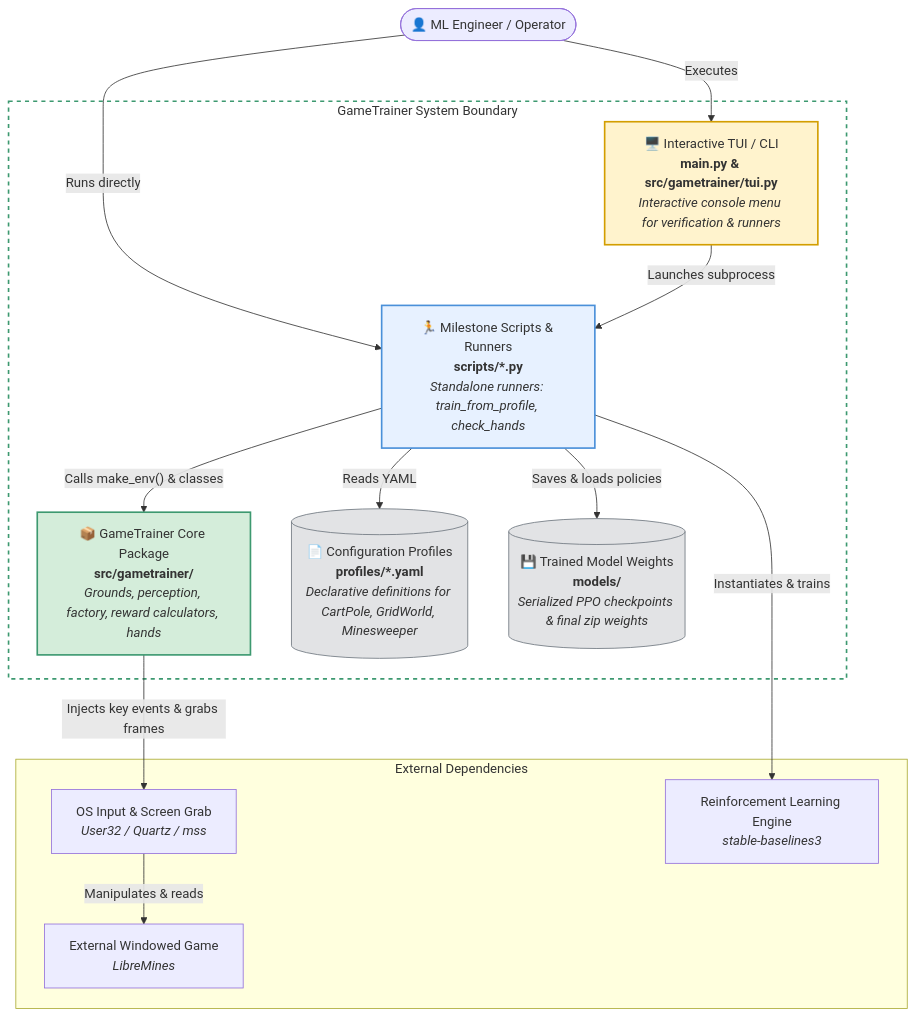
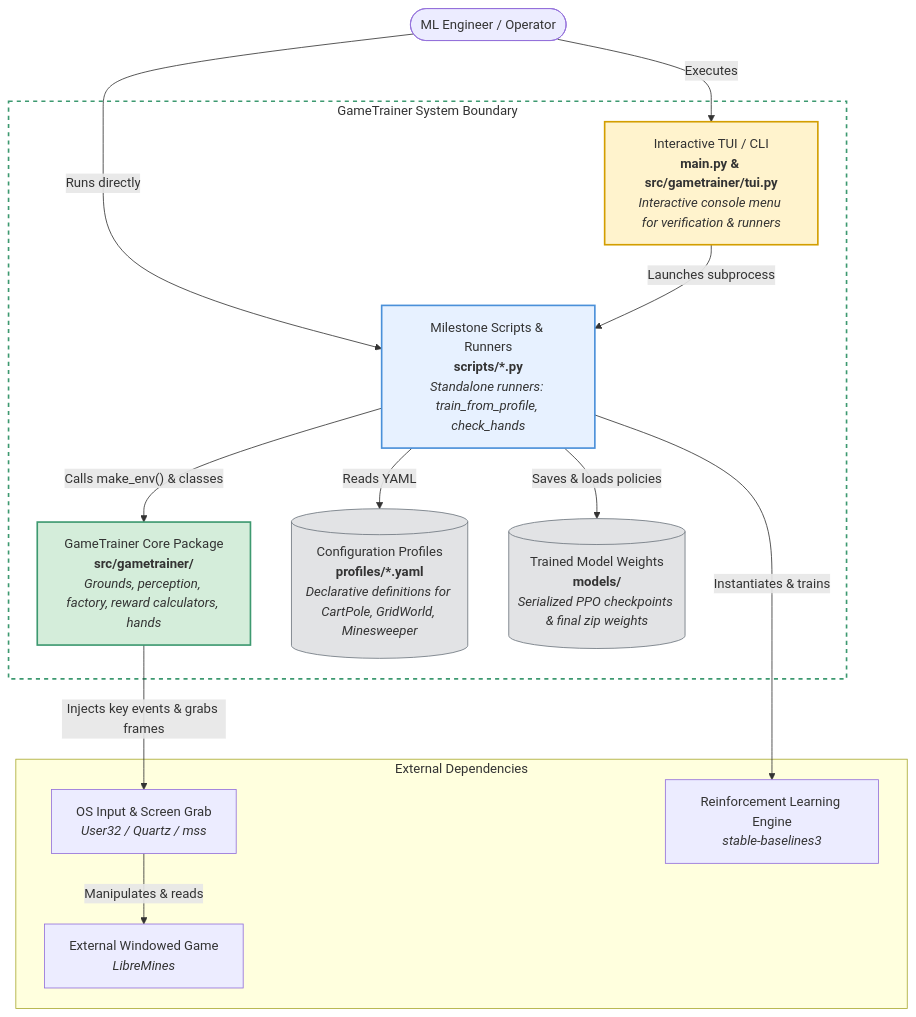
The fourth of 14 diagrams in docs/UML_FULL.md (Showerss/GameTrainer), drawn with Mermaid before and after one commit. The commit also changed other lines of this file and 36 other files, not shown here.

First line of the commit message:
R1 docs rewrite, UML truth pass, MIT license

````diff
--- a/docs/UML_FULL.md
+++ b/docs/UML_FULL.md
@@ -157,40 +157,40 @@
 ```mermaid
 flowchart TB
-    USER(["👤 ML Engineer / Operator"])
+    USER(["ML Engineer / Operator"])
 
     subgraph BOUNDARY["GameTrainer System Boundary"]
-        TUI_APP["🖥️ Interactive TUI / CLI<br/><b>main.py & src/gametrainer/tui.py</b><br/><i>Interactive console menu for verification & runners</i>"]
+        TUI_APP["Interactive TUI / CLI<br/><b>main.py & src/gametrainer/tui.py</b><br/><i>Interactive console menu for verification & runners</i>"]
 
-        RUNNERS["🏃 Milestone Scripts & Runners<br/><b>scripts/*.py</b><br/><i>Standalone runners: train_from_profile, check_hands</i>"]
+        RUNNERS["Milestone Scripts & Runners<br/><b>scripts/*.py</b><br/><i>Standalone runners: train_from_profile, check_hands</i>"]
 
-        CORE_LIB["📦 GameTrainer Core Package<br/><b>src/gametrainer/</b><br/><i>Grounds, perception, factory, reward calculators, hands</i>"]
+        CORE_LIB["GameTrainer Core Package<br/><b>src/gametrainer/</b><br/><i>Grounds, perception, factory, reward calculators, hands</i>"]
 
-        CONFIGS[("📄 Configuration Profiles<br/><b>profiles/*.yaml</b><br/><i>Declarative definitions for CartPole, GridWorld, Minesweeper</i>")]
+        CONFIGS[(" Configuration Profiles<br/><b>profiles/*.yaml</b><br/><i>Declarative definitions for CartPole, GridWorld, Minesweeper</i>")]
 
-        MODELS[("💾 Trained Model Weights<br/><b>models/</b><br/><i>Serialized PPO checkpoints & final zip weights</i>")]
+        MODELS[(" Trained Model Weights<br/><b>models/</b><br/><i>Serialized PPO checkpoints & final zip weights</i>")]
     end
 
     subgraph EXTERNAL["External Dependencies"]
         EXT_GAME["External Windowed Game<br/><i>LibreMines</i>"]
         OS_APIS["OS Input & Screen Grab<br/><i>User32 / Quartz / mss</i>"]
         SB3_LIB["Reinforcement Learning Engine<br/><i>stable-baselines3</i>"]
     end
 
     USER -->|"Executes"| TUI_APP
     USER -->|"Runs directly"| RUNNERS
     TUI_APP -->|"Launches subprocess"| RUNNERS
     RUNNERS -->|"Reads YAML"| CONFIGS
     RUNNERS -->|"Calls make_env() & classes"| CORE_LIB
     RUNNERS -->|"Instantiates & trains"| SB3_LIB
     RUNNERS -->|"Saves & loads policies"| MODELS
 
     CORE_LIB -->|"Injects key events & grabs frames"| OS_APIS
     OS_APIS -->|"Manipulates & reads"| EXT_GAME
 
     style BOUNDARY fill:#ffffff,stroke:#3d9970,stroke-width:2px,stroke-dasharray: 5 5
     style CORE_LIB fill:#d4edda,stroke:#3d9970,stroke-width:2px
     style RUNNERS fill:#e7f1ff,stroke:#4a90d9,stroke-width:2px
     style TUI_APP fill:#fff3cd,stroke:#d39e00,stroke-width:2px
     style CONFIGS fill:#e2e3e5,stroke:#6c757d
     style MODELS fill:#e2e3e5,stroke:#6c757d
 ```
````
